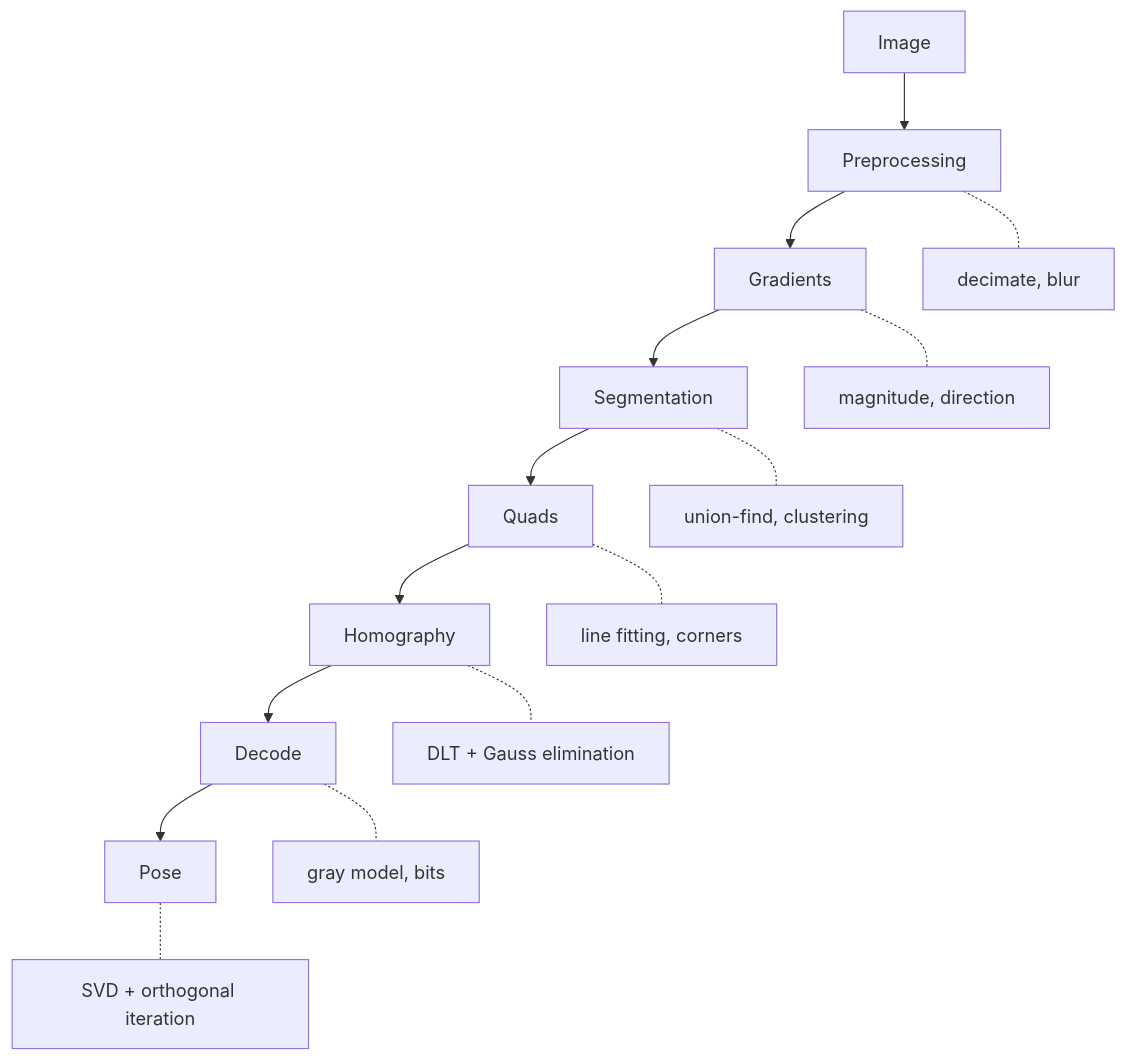
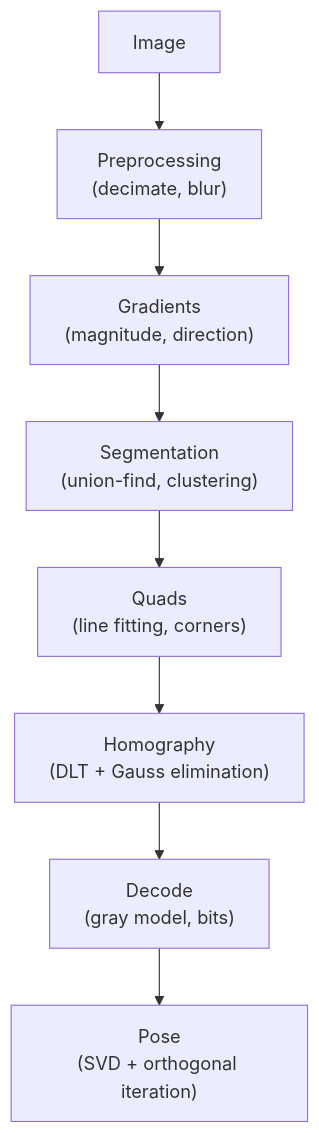
The diagram in README.md (benlenarts/apriltag-rs), drawn with Mermaid before and after one commit.

Commit message:
Inline detection architecture annotations into node labels
Separate annotation nodes caused the Mermaid layout to cascade
diagonally. Putting details directly in each node keeps the
diagram clean and vertically aligned.

````diff
--- a/README.md
+++ b/README.md
@@ -119,18 +119,10 @@
 ```mermaid
 graph TD
-    A[Image] --> B[Preprocessing]
-    B --> C[Gradients]
-    C --> D[Segmentation]
-    D --> E[Quads]
-    E --> F[Homography]
-    F --> G[Decode]
-    G --> H[Pose]
-
-    B -.- B1["decimate, blur"]
-    C -.- C1["magnitude, direction"]
-    D -.- D1["union-find, clustering"]
-    E -.- E1["line fitting, corners"]
-    F -.- F1["DLT + Gauss elimination"]
-    G -.- G1["gray model, bits"]
-    H -.- H1["SVD + orthogonal iteration"]
+    A[Image] --> B["Preprocessing\n(decimate, blur)"]
+    B --> C["Gradients\n(magnitude, direction)"]
+    C --> D["Segmentation\n(union-find, clustering)"]
+    D --> E["Quads\n(line fitting, corners)"]
+    E --> F["Homography\n(DLT + Gauss elimination)"]
+    F --> G["Decode\n(gray model, bits)"]
+    G --> H["Pose\n(SVD + orthogonal iteration)"]
 ```
````
